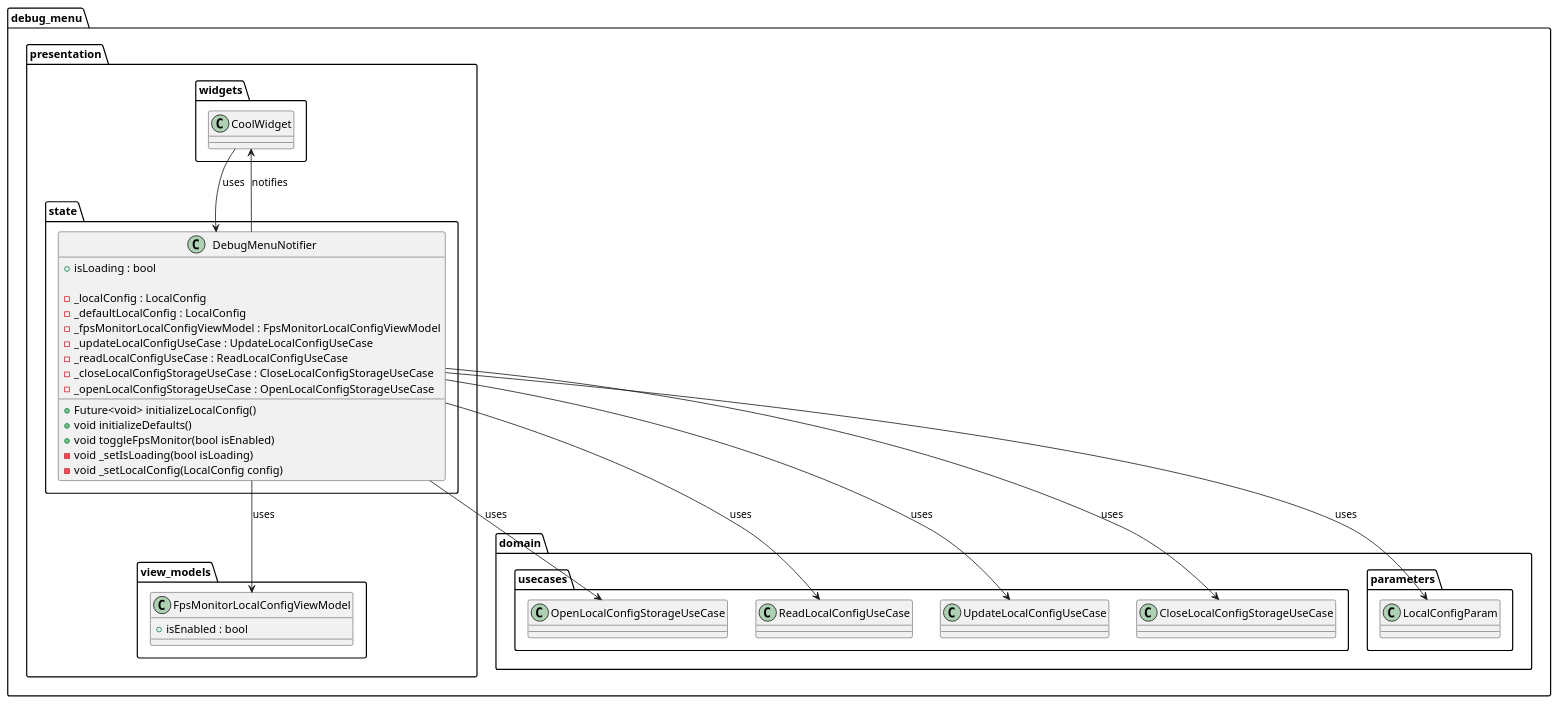
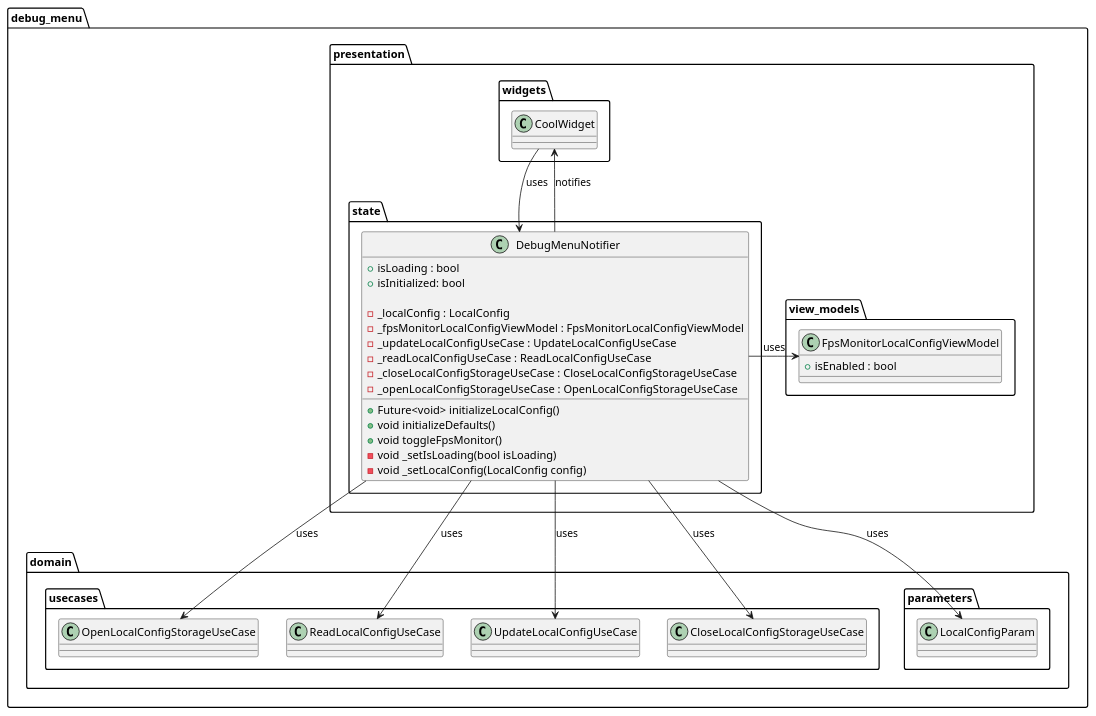
Before and after one commit to Flank/flank-dashboard: the diagram in metrics/web/docs/features/debug_menu/diagrams/debug_menu_presentation_layer_class_diagram.puml, drawn with PlantUML. The commit also changed 5 other files, not shown here.

Commit message:
Update diagrams and documentation

```diff
--- a/metrics/web/docs/features/debug_menu/diagrams/debug_menu_presentation_layer_class_diagram.puml
+++ b/metrics/web/docs/features/debug_menu/diagrams/debug_menu_presentation_layer_class_diagram.puml
@@ -1,63 +1,67 @@
 @startuml debug_menu_presentation_layer_class_diagram
 
 package debug_menu {
         package domain {
             package usecases {
                 class OpenLocalConfigStorageUseCase {}
 
                 class ReadLocalConfigUseCase {}
 
                 class UpdateLocalConfigUseCase {}
 
                 class CloseLocalConfigStorageUseCase {}
             }
 
             package parameters {
                 class LocalConfigParam {}
             }
         }
 
         package presentation {
             package state {
                 class DebugMenuNotifier {
                     + isLoading : bool
+                    + isInitialized: bool
 
                     - _localConfig : LocalConfig
-                    - _defaultLocalConfig : LocalConfig
                     - _fpsMonitorLocalConfigViewModel : FpsMonitorLocalConfigViewModel
                     - _updateLocalConfigUseCase : UpdateLocalConfigUseCase
                     - _readLocalConfigUseCase : ReadLocalConfigUseCase
                     - _closeLocalConfigStorageUseCase : CloseLocalConfigStorageUseCase
                     - _openLocalConfigStorageUseCase : OpenLocalConfigStorageUseCase
 
                     + Future<void> initializeLocalConfig()
                     + void initializeDefaults()
-                    + void toggleFpsMonitor(bool isEnabled)
+                    + void toggleFpsMonitor()
                     - void _setIsLoading(bool isLoading)
                     - void _setLocalConfig(LocalConfig config)
                 }
             }
 
             package view_models {
                 class FpsMonitorLocalConfigViewModel {
                     + isEnabled : bool
                 }
             }
 
             package widgets {
                 class CoolWidget {}
             }
         }
 }
 
-DebugMenuNotifier --> FpsMonitorLocalConfigViewModel : uses
-DebugMenuNotifier --> OpenLocalConfigStorageUseCase : uses
-DebugMenuNotifier --> ReadLocalConfigUseCase : uses
-DebugMenuNotifier --> UpdateLocalConfigUseCase : uses
-DebugMenuNotifier --> CloseLocalConfigStorageUseCase : uses
-DebugMenuNotifier --> LocalConfigParam : uses
+DebugMenuNotifier -right-> FpsMonitorLocalConfigViewModel : uses
+DebugMenuNotifier -down-> OpenLocalConfigStorageUseCase : uses
+DebugMenuNotifier -down-> ReadLocalConfigUseCase : uses
+DebugMenuNotifier -down-> UpdateLocalConfigUseCase : uses
+DebugMenuNotifier -down-> CloseLocalConfigStorageUseCase : uses
+DebugMenuNotifier -down-> LocalConfigParam : uses
+OpenLocalConfigStorageUseCase -right[hidden]-> ReadLocalConfigUseCase
+ReadLocalConfigUseCase -right[hidden]-> UpdateLocalConfigUseCase
+UpdateLocalConfigUseCase -right[hidden]-> CloseLocalConfigStorageUseCase
+CloseLocalConfigStorageUseCase -right[hidden]-> LocalConfigParam : uses
 
 CoolWidget -down-> DebugMenuNotifier : uses
 DebugMenuNotifier -up-> CoolWidget : notifies
 
 @enduml
```
